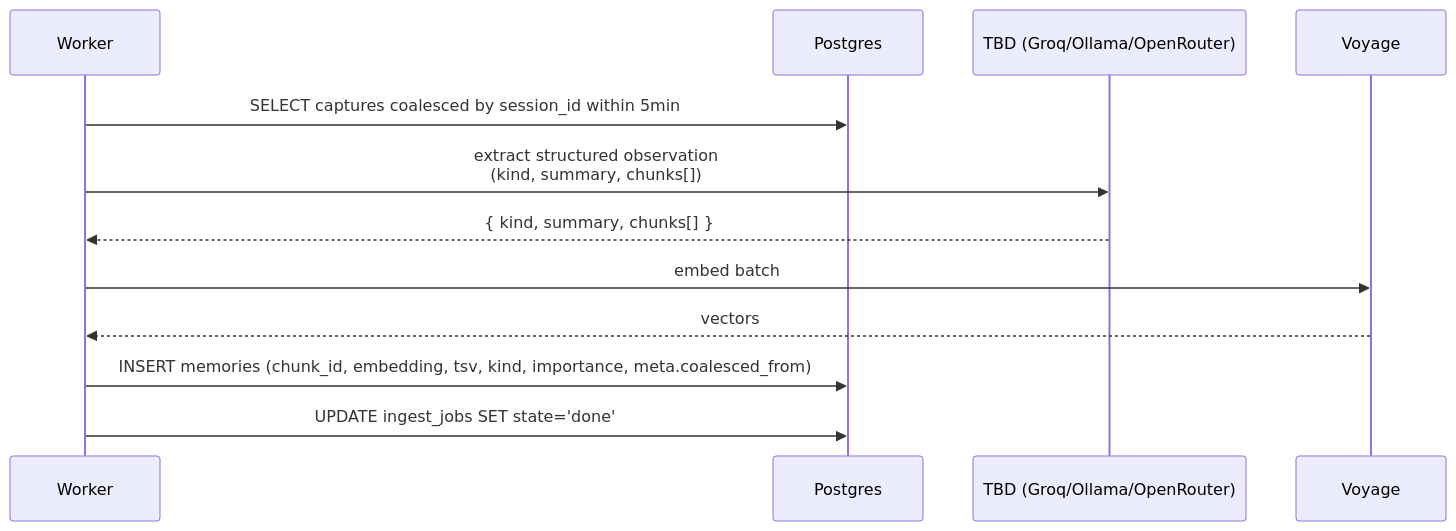
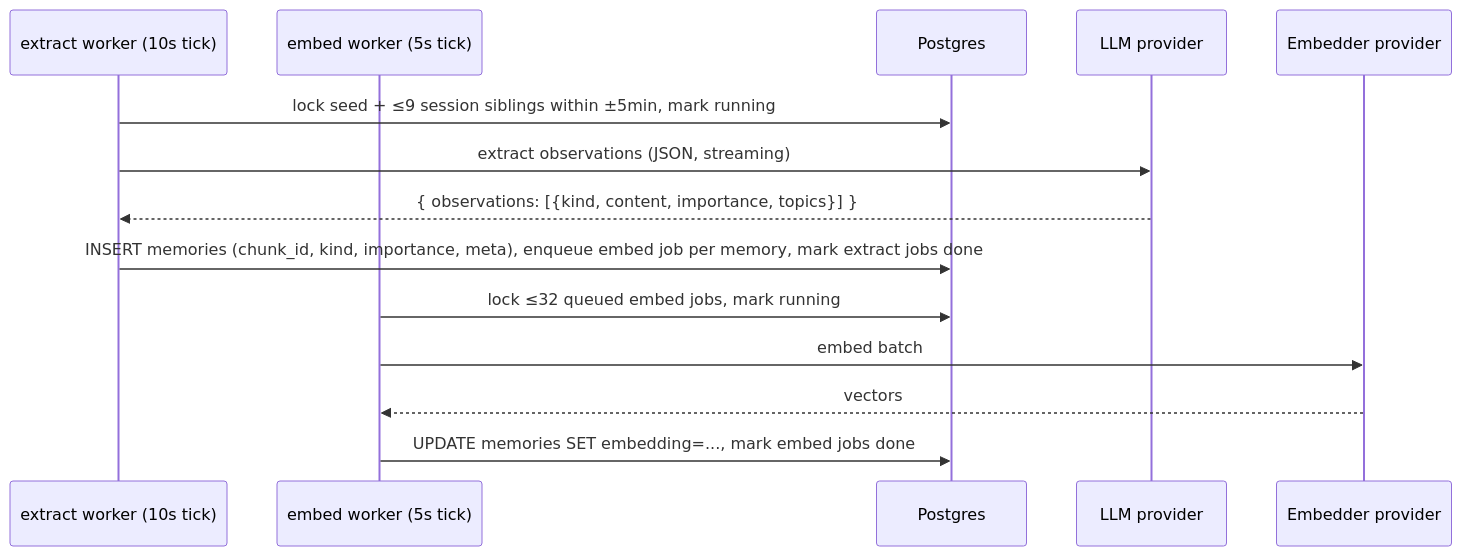
One commit to j10ra/mneme changed the fourth of 8 diagrams in ARCHITECTURE.md. Above: the diagram before and after it, drawn with Mermaid. The commit also changed other lines of this file and 5 other files, not shown here.

````diff
--- a/ARCHITECTURE.md
+++ b/ARCHITECTURE.md
@@ -404,15 +417,18 @@
 ```mermaid
 sequenceDiagram
-    participant Worker
+    participant Extract as extract worker (10s tick)
+    participant Embed as embed worker (5s tick)
     participant DB as Postgres
-    participant LLM as TBD (Groq/Ollama/OpenRouter)
-    participant Voyage
+    participant LLM as LLM provider
+    participant EMB as Embedder provider
 
-    Worker->>DB: SELECT captures coalesced by session_id within 5min
-    Worker->>LLM: extract structured observation<br/>(kind, summary, chunks[])
-    LLM-->>Worker: { kind, summary, chunks[] }
-    Worker->>Voyage: embed batch
-    Voyage-->>Worker: vectors
-    Worker->>DB: INSERT memories (chunk_id, embedding, tsv, kind, importance, meta.coalesced_from)
-    Worker->>DB: UPDATE ingest_jobs SET state='done'
+    Extract->>DB: lock seed + ≤9 session siblings within ±5min, mark running
+    Extract->>LLM: extract observations (JSON, streaming)
+    LLM-->>Extract: { observations: [{kind, content, importance, topics}] }
+    Extract->>DB: INSERT memories (chunk_id, kind, importance, meta), enqueue embed job per memory, mark extract jobs done
+
+    Embed->>DB: lock ≤32 queued embed jobs, mark running
+    Embed->>EMB: embed batch
+    EMB-->>Embed: vectors
+    Embed->>DB: UPDATE memories SET embedding=..., mark embed jobs done
 ```
````
